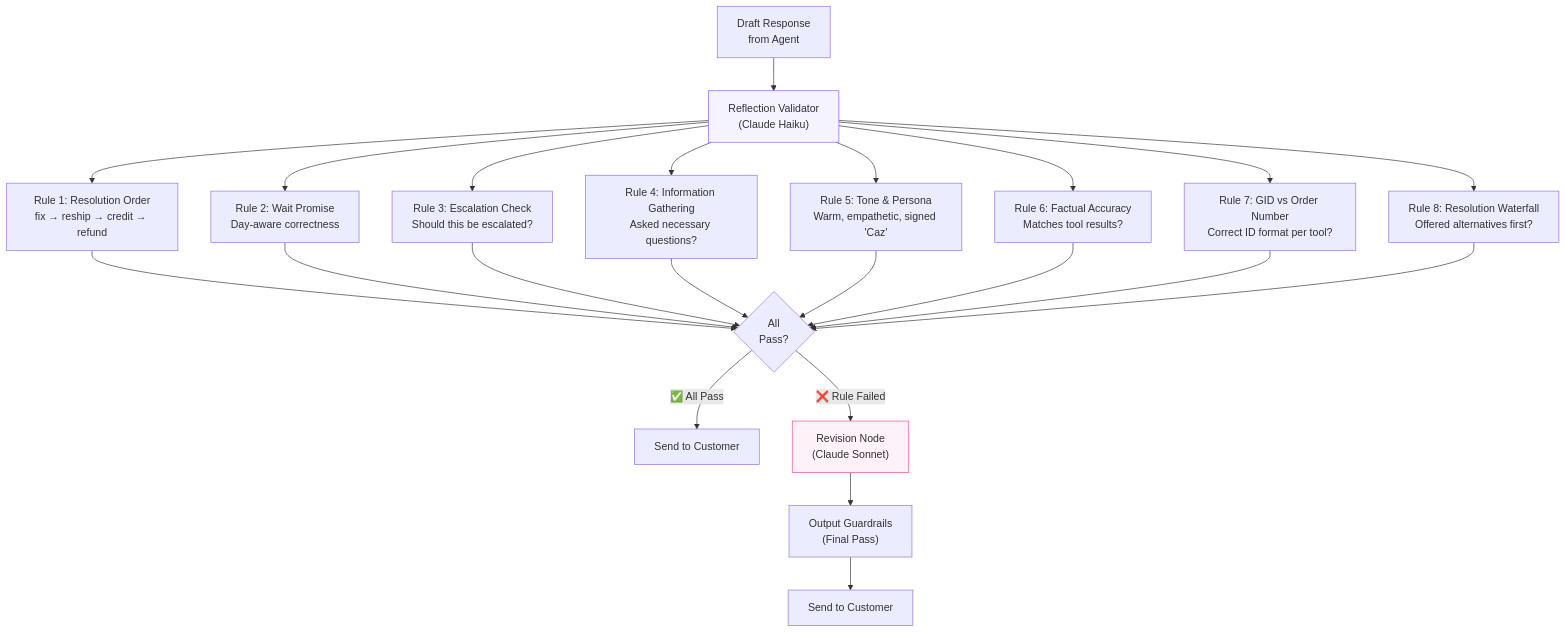
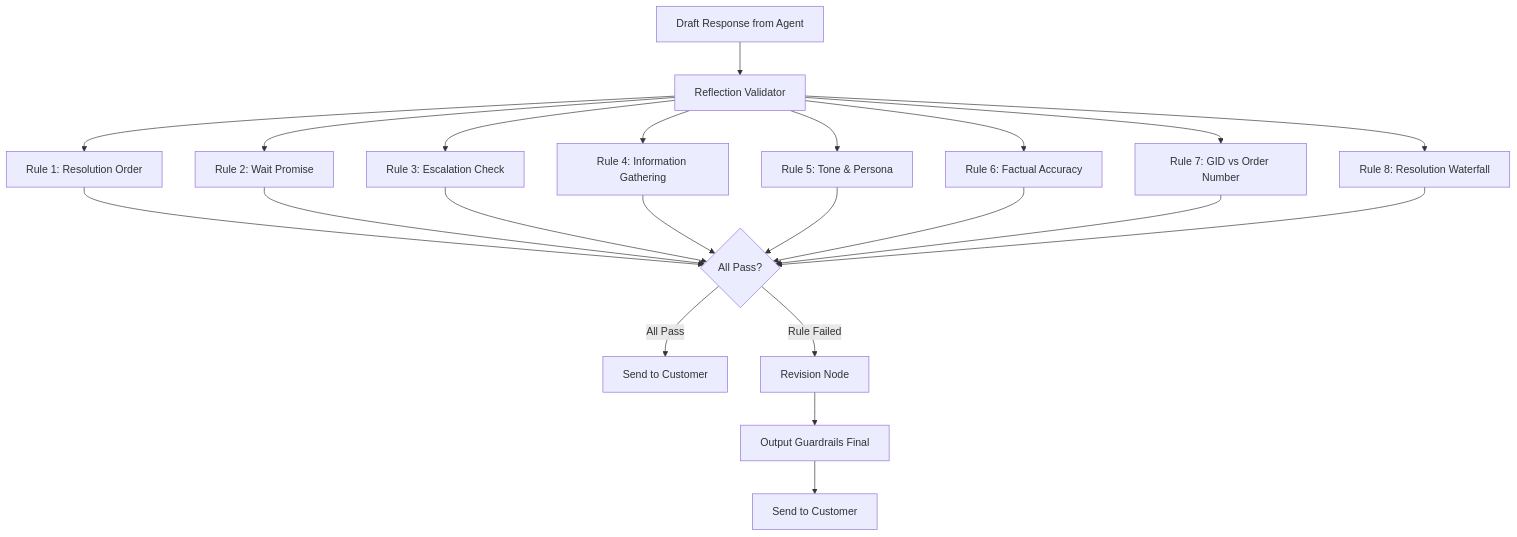
One commit to EminDurmuSS/lookfor-hackathon changed the ninth of 11 diagrams in README.md. Above: the diagram before and after it, drawn with Mermaid. The commit also changed other lines of this file, not shown here.

First line of the commit message:
Refactor README formatting and diagram clarity

````diff
--- a/README.md
+++ b/README.md
@@ -533,23 +453,20 @@
 ```mermaid
 flowchart TD
-    DRAFT["Draft Response<br/>from Agent"] --> RV["Reflection Validator<br/>(Claude Haiku)"]
+    DRAFT[Draft Response from Agent] --> RV[Reflection Validator]
 
-    RV --> R1["Rule 1: Resolution Order<br/>fix → reship → credit → refund"]
-    RV --> R2["Rule 2: Wait Promise<br/>Day-aware correctness"]
-    RV --> R3["Rule 3: Escalation Check<br/>Should this be escalated?"]
-    RV --> R4["Rule 4: Information Gathering<br/>Asked necessary questions?"]
-    RV --> R5["Rule 5: Tone & Persona<br/>Warm, empathetic, signed 'Caz'"]
-    RV --> R6["Rule 6: Factual Accuracy<br/>Matches tool results?"]
-    RV --> R7["Rule 7: GID vs Order Number<br/>Correct ID format per tool?"]
-    RV --> R8["Rule 8: Resolution Waterfall<br/>Offered alternatives first?"]
+    RV --> R1[Rule 1: Resolution Order]
+    RV --> R2[Rule 2: Wait Promise]
+    RV --> R3[Rule 3: Escalation Check]
+    RV --> R4[Rule 4: Information Gathering]
+    RV --> R5[Rule 5: Tone & Persona]
+    RV --> R6[Rule 6: Factual Accuracy]
+    RV --> R7[Rule 7: GID vs Order Number]
+    RV --> R8[Rule 8: Resolution Waterfall]
 
-    R1 & R2 & R3 & R4 & R5 & R6 & R7 & R8 --> CHECK{"All<br/>Pass?"}
+    R1 & R2 & R3 & R4 & R5 & R6 & R7 & R8 --> CHECK{All Pass?}
 
-    CHECK -->|"✅ All Pass"| SEND["Send to Customer"]
-    CHECK -->|"❌ Rule Failed"| REVISE["Revision Node<br/>(Claude Sonnet)"]
-    REVISE --> OG_FINAL["Output Guardrails<br/>(Final Pass)"]
-    OG_FINAL --> SEND2["Send to Customer"]
-
-    style RV fill:#f5f3ff,stroke:#8b5cf6
-    style REVISE fill:#fdf2f8,stroke:#ec4899
+    CHECK -->|All Pass| SEND[Send to Customer]
+    CHECK -->|Rule Failed| REVISE[Revision Node]
+    REVISE --> OG_FINAL[Output Guardrails Final]
+    OG_FINAL --> SEND2[Send to Customer]
 ```
````
